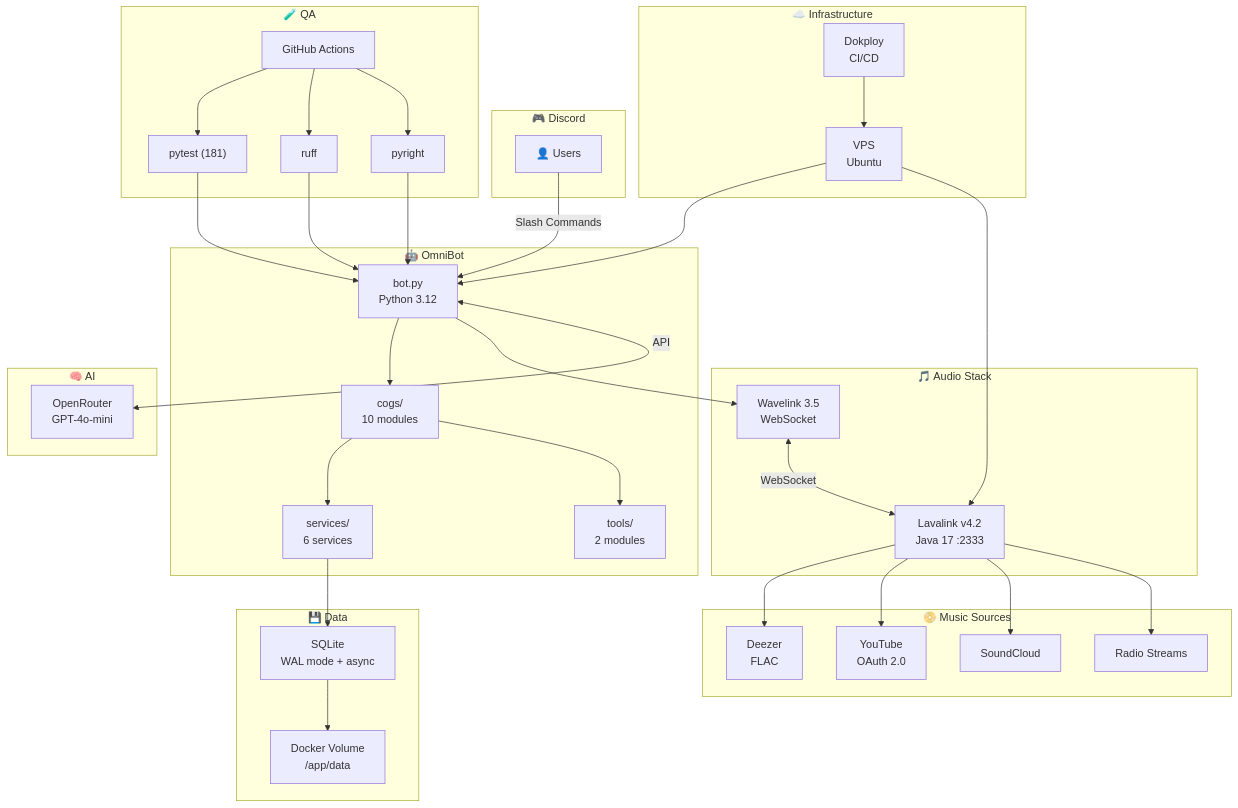
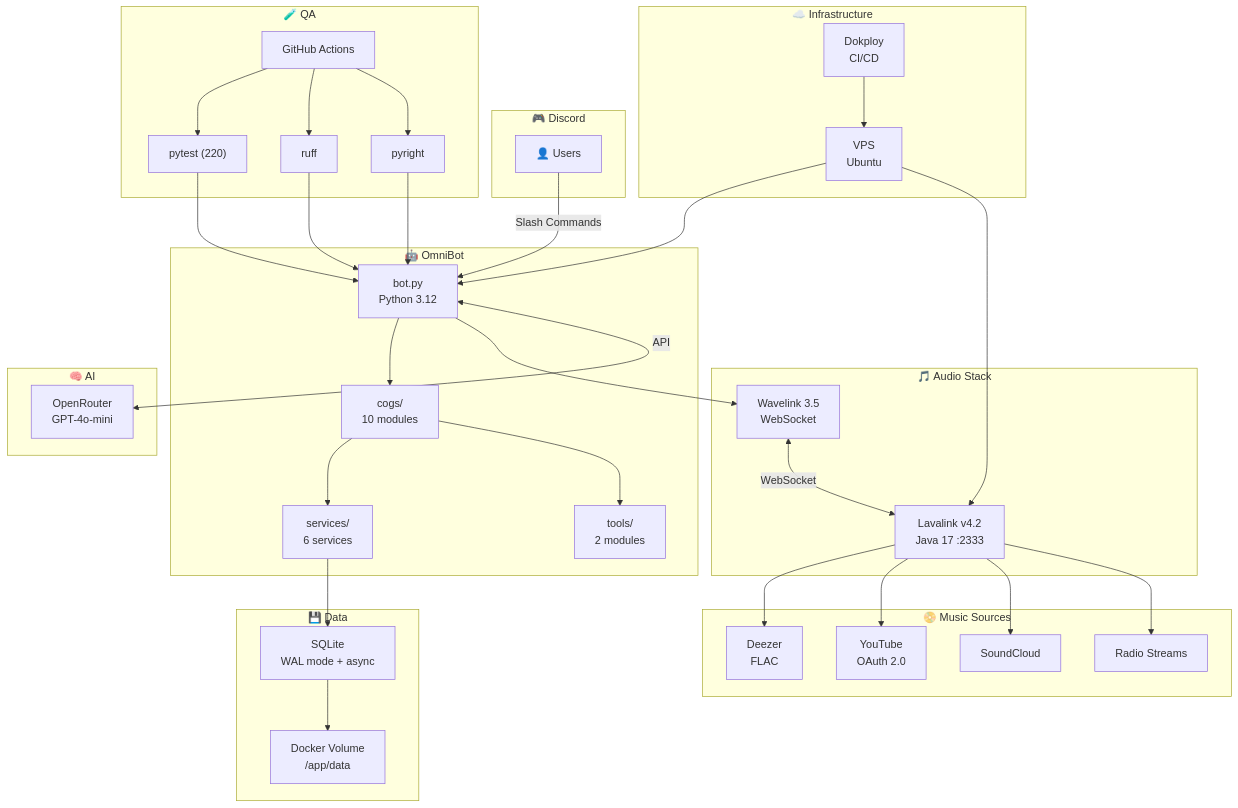
Before and after one commit to RubioKo/omni-bot: the second of 4 diagrams in README.md, drawn with Mermaid. The commit also changed other lines of this file and 26 other files, not shown here.

````diff
--- a/README.md
+++ b/README.md
@@ -337,69 +337,69 @@
 ```mermaid
 graph TB
     subgraph Discord ["🎮 Discord"]
         U["👤 Users"]
     end
 
     subgraph Bot ["🤖 OmniBot"]
         B["bot.py<br/>Python 3.12"]
         C["cogs/<br/>10 modules"]
         S["services/<br/>6 services"]
         T["tools/<br/>2 modules"]
     end
 
     subgraph Audio ["🎵 Audio Stack"]
         LL["Lavalink v4.2<br/>Java 17 :2333"]
         WL["Wavelink 3.5<br/>WebSocket"]
     end
 
     subgraph Sources ["📀 Music Sources"]
         DZ["Deezer<br/>FLAC"]
         YT["YouTube<br/>OAuth 2.0"]
         SC["SoundCloud"]
         RF["Radio Streams"]
     end
 
     subgraph Data ["💾 Data"]
         DB["SQLite<br/>WAL mode + async"]
         VOL["Docker Volume<br/>/app/data"]
     end
 
     subgraph AI ["🧠 AI"]
         OR["OpenRouter<br/>GPT-4o-mini"]
     end
 
     subgraph Infra ["☁️ Infrastructure"]
         DK["Dokploy<br/>CI/CD"]
         VP["VPS<br/>Ubuntu"]
     end
 
     subgraph QA ["🧪 QA"]
         CI["GitHub Actions"]
-        PY["pytest (181)"]
+        PY["pytest (220)"]
         RU["ruff"]
         PY2["pyright"]
     end
 
     U -->|Slash Commands| B
     B --> C
     C --> S
     C --> T
     B --> WL
     WL <-->|WebSocket| LL
     LL --> DZ
     LL --> YT
     LL --> SC
     LL --> RF
     S --> DB
     DB --> VOL
     B <-->|API| OR
     DK --> VP
     VP --> B
     VP --> LL
     CI --> PY
     CI --> RU
     CI --> PY2
     PY --> B
     RU --> B
     PY2 --> B
 ```
````
